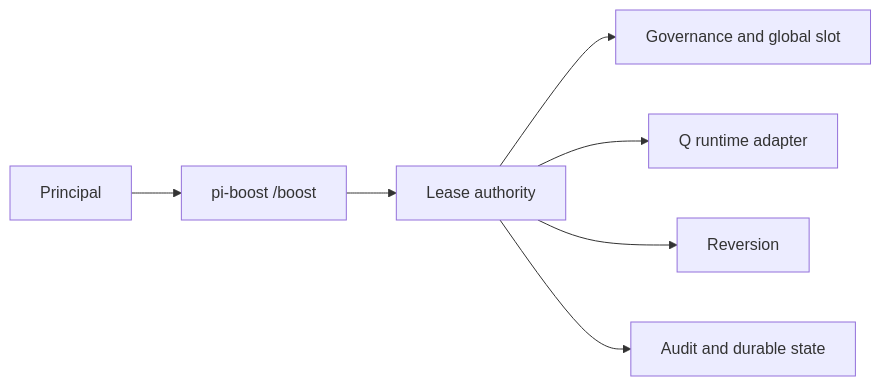
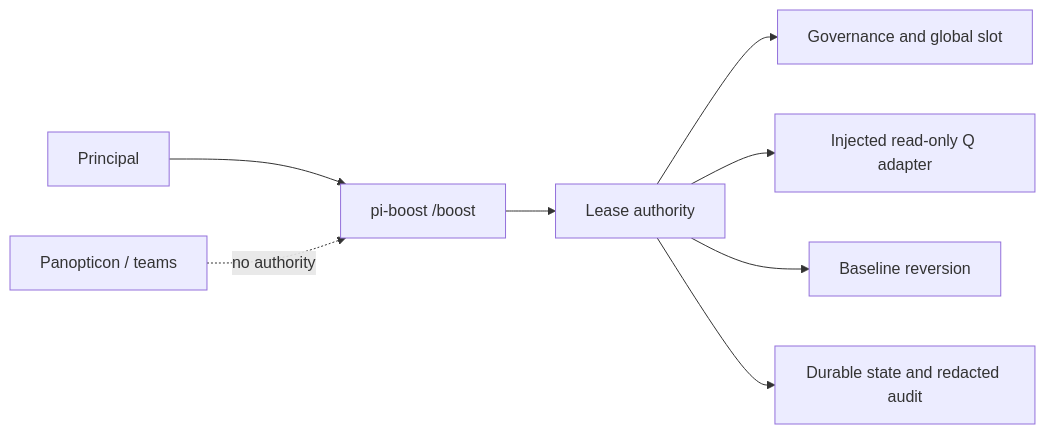
One commit to tS7hKamAYL84j91/pi-tools-and-skills changed the first of 2 diagrams in docs/adr/046-standalone-pi-boost-extension.md. Above: the diagram before and after it, drawn with Mermaid. The commit also changed other lines of this file and 3 other files, not shown here.

````diff
--- a/docs/adr/046-standalone-pi-boost-extension.md
+++ b/docs/adr/046-standalone-pi-boost-extension.md
@@ -11,9 +26,10 @@
 ```mermaid
 flowchart LR
   P[Principal] --> C[pi-boost /boost]
   C --> A[Lease authority]
   A --> G[Governance and global slot]
-  A --> Q[Q runtime adapter]
-  A --> R[Reversion]
-  A --> S[Audit and durable state]
+  A --> Q[Injected read-only Q adapter]
+  A --> R[Baseline reversion]
+  A --> S[Durable state and redacted audit]
+  X[Panopticon / teams] -. no authority .-> C
 ```
````
